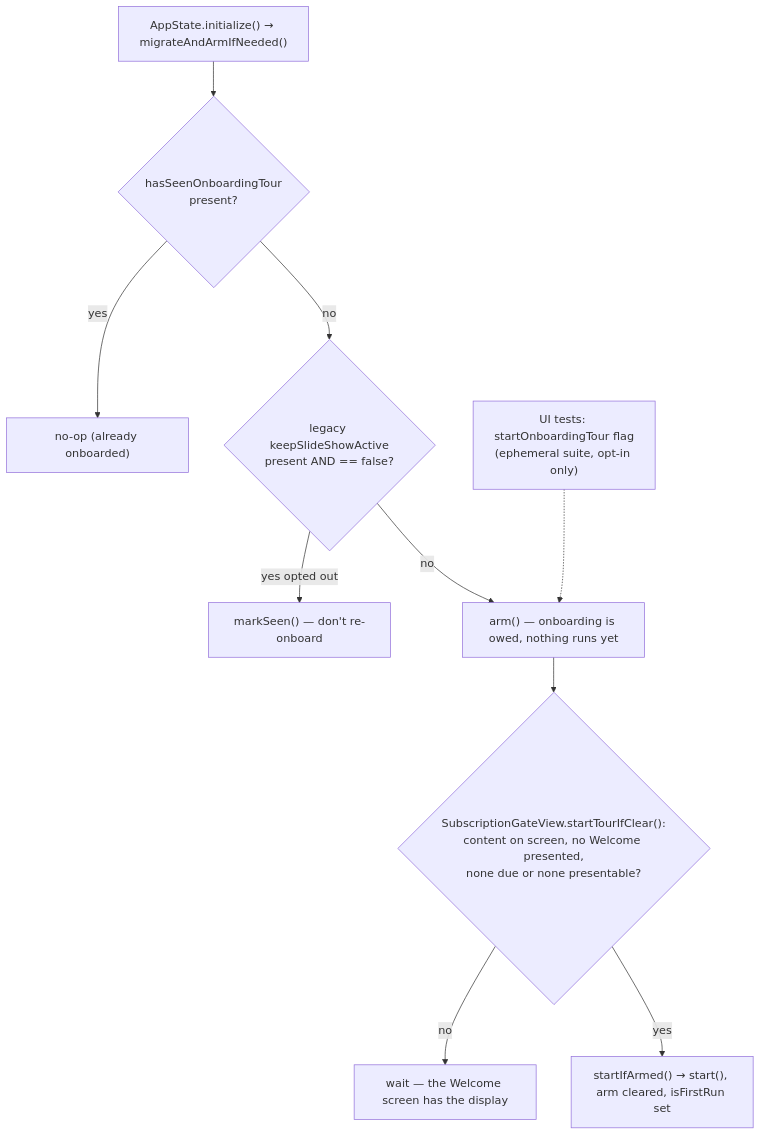
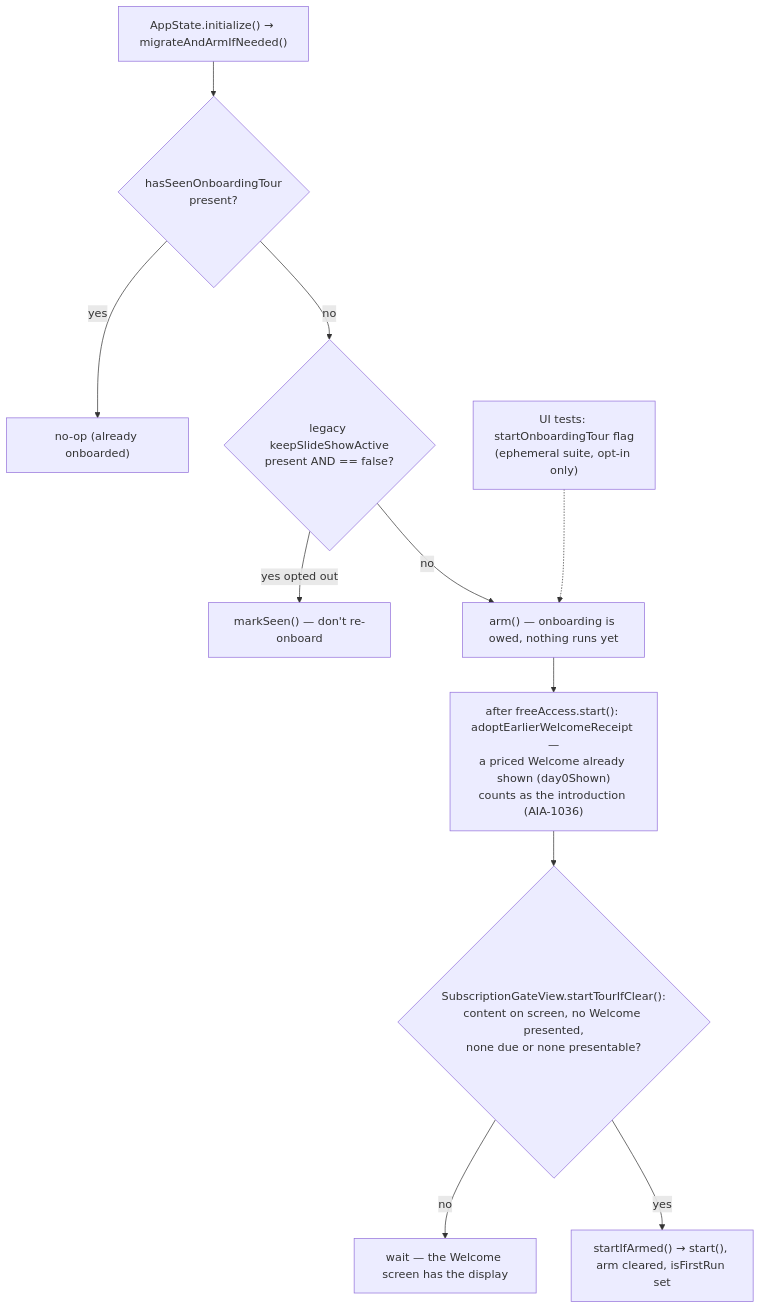
The third of 4 diagrams in ios/MLBrowser/iOS/UI/Tour/ARCHITECTURE.md (aiarcheology-com/aiarcheology), drawn with Mermaid before and after one commit. The commit also changed 7 other files, not shown here.

First line of the commit message:
[AIA-1036] Count a priced Welcome met under 1.0.8 as the introduction

````diff
--- a/ios/MLBrowser/iOS/UI/Tour/ARCHITECTURE.md
+++ b/ios/MLBrowser/iOS/UI/Tour/ARCHITECTURE.md
@@ -129,12 +129,13 @@
 ```mermaid
 flowchart TD
     A["AppState.initialize() → migrateAndArmIfNeeded()"] --> B{hasSeenOnboardingTour<br/>present?}
     B -->|yes| Z["no-op (already onboarded)"]
     B -->|no| C{legacy keepSlideShowActive<br/>present AND == false?}
     C -->|yes opted out| D["markSeen() — don't re-onboard"]
     C -->|no| E["arm() — onboarding is owed, nothing runs yet"]
-    E --> F{"SubscriptionGateView.startTourIfClear():<br/>content on screen, no Welcome presented,<br/>none due or none presentable?"}
+    E --> R["after freeAccess.start(): adoptEarlierWelcomeReceipt —<br/>a priced Welcome already shown (day0Shown)<br/>counts as the introduction (AIA-1036)"]
+    R --> F{"SubscriptionGateView.startTourIfClear():<br/>content on screen, no Welcome presented,<br/>none due or none presentable?"}
     F -->|no| G["wait — the Welcome screen has the display"]
     F -->|yes| H["startIfArmed() → start(), arm cleared, isFirstRun set"]
     I["UI tests: startOnboardingTour flag<br/>(ephemeral suite, opt-in only)"] -.-> E
 ```
````
